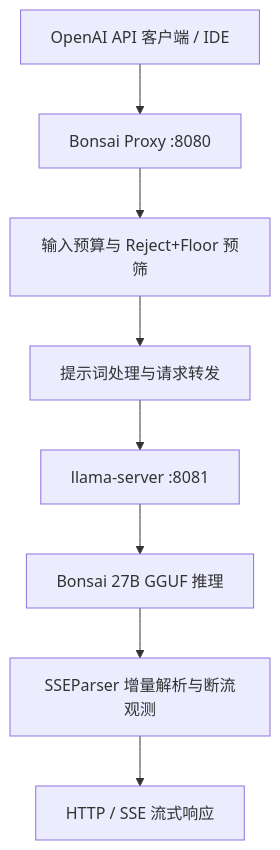
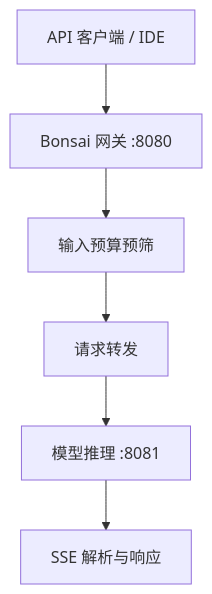
One commit to intp41455/bonsai-local-llm-optimization changed the diagram in README.md. Above: the diagram before and after it, drawn with Mermaid. The commit also changed other lines of this file, not shown here.

Commit message:
docs: clarify Bonsai results and simplify README presentation

````diff
--- a/README.md
+++ b/README.md
@@ -44,10 +43,8 @@
 ```mermaid
 flowchart TD
-    A["OpenAI API 客户端 / IDE"] --> B["Bonsai Proxy :8080"]
-    B --> C["输入预算与 Reject+Floor 预筛"]
-    C --> D["提示词处理与请求转发"]
-    D --> E["llama-server :8081"]
-    E --> F["Bonsai 27B GGUF 推理"]
-    F --> G["SSEParser 增量解析与断流观测"]
-    G --> H["HTTP / SSE 流式响应"]
+    A["API 客户端 / IDE"] --> B["Bonsai 网关 :8080"]
+    B --> C["输入预算预筛"]
+    C --> D["请求转发"]
+    D --> E["模型推理 :8081"]
+    E --> F["SSE 解析与响应"]
 ```
````
